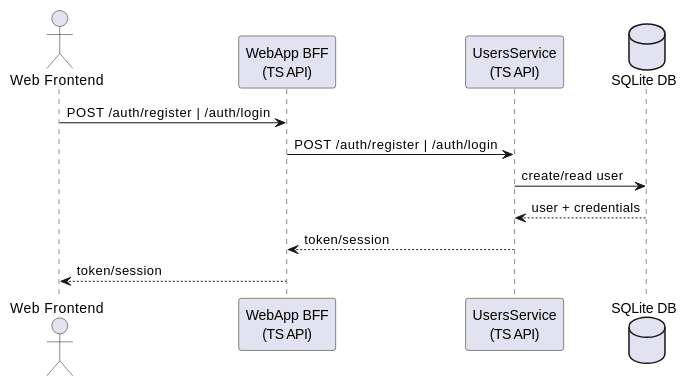
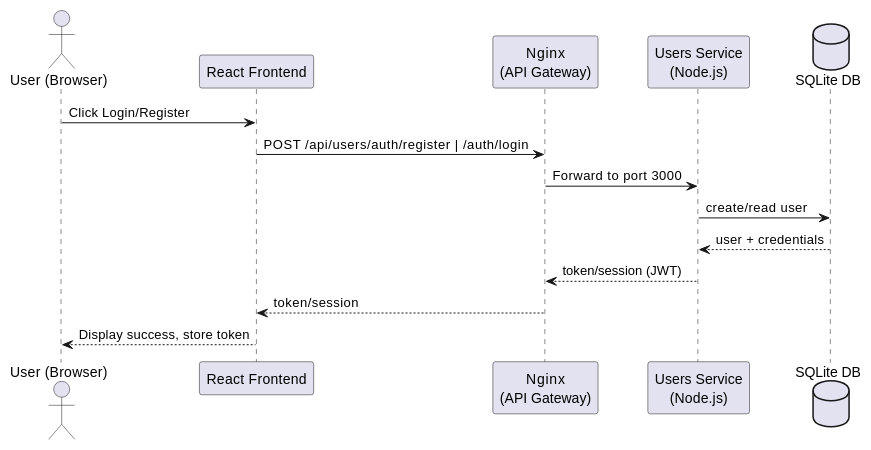
One commit to Arquisoft/yovi_es1c changed the first of 6 diagrams in docs/src/06_runtime_view.adoc. Above: the diagram before and after it, drawn with PlantUML. The commit also changed other lines of this file and 9 other files, not shown here.

```diff
--- a/docs/src/06_runtime_view.adoc
+++ b/docs/src/06_runtime_view.adoc
@@ -12,14 +14,17 @@
 [plantuml, "runtime-login", png]
 ----
-actor "Web Frontend" as Human
-participant "WebApp BFF\n(TS API)" as Api
-participant "UsersService\n(TS API)" as Users
+actor "User (Browser)" as Human
+participant "React Frontend" as Frontend
+participant "Nginx\n(API Gateway)" as Nginx
+participant "Users Service\n(Node.js)" as Users
 database "SQLite DB" as DB
 
-Human -> Api: POST /auth/register | /auth/login
-Api -> Users: POST /auth/register | /auth/login
+Human -> Frontend: Click Login/Register
+Frontend -> Nginx: POST /api/users/auth/register | /auth/login
+Nginx -> Users: Forward to port 3000
 Users -> DB: create/read user
 DB --> Users: user + credentials
-Users --> Api: token/session
-Api --> Human: token/session
+Users --> Nginx: token/session (JWT)
+Nginx --> Frontend: token/session
+Frontend --> Human: Display success, store token
 ----
```
